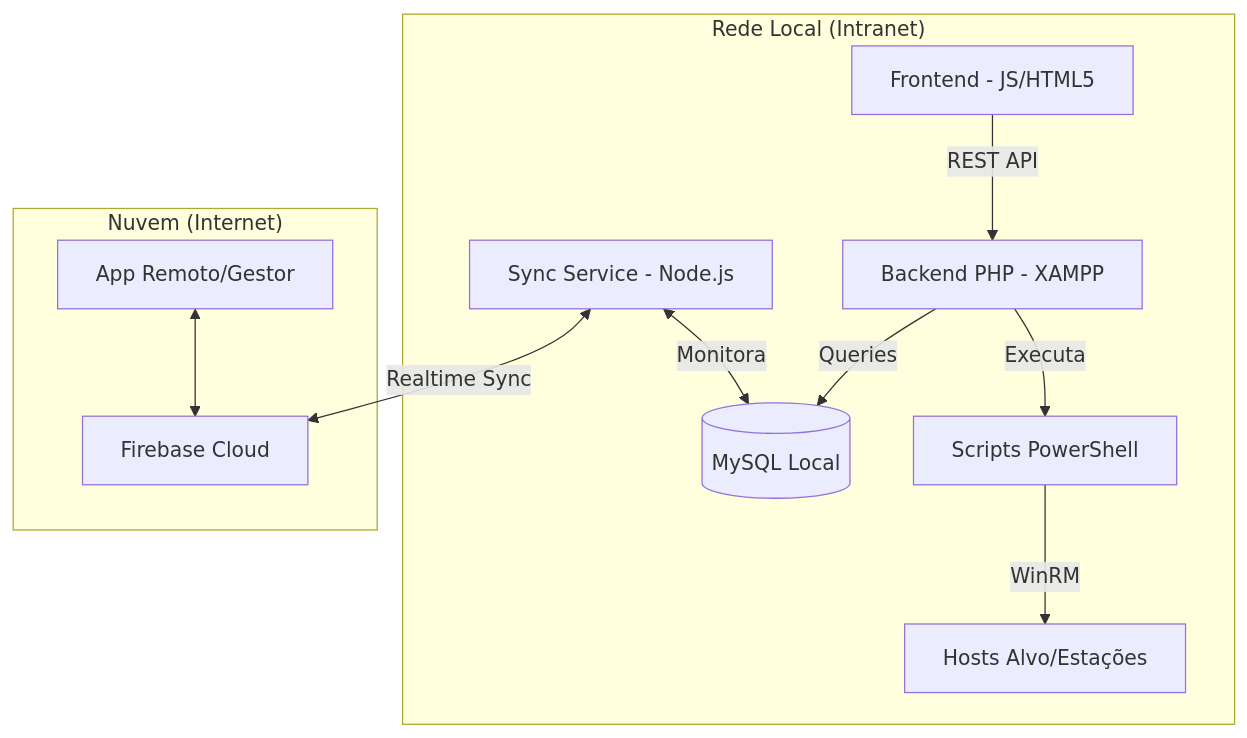
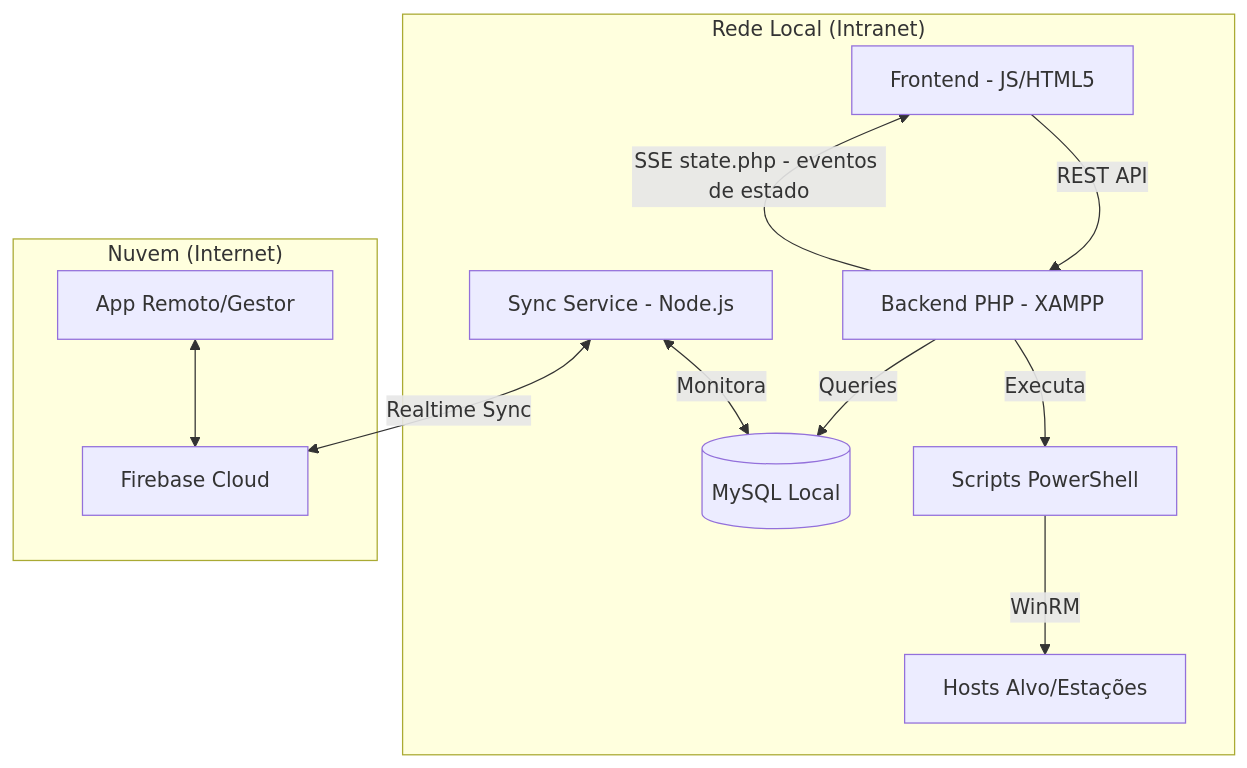
The diagram in docs/DOCUMENTACAO_ARQUITETURA.md (BraulioMacMahon/labcontrol), drawn with Mermaid before and after one commit. The commit also changed other lines of this file and 21 other files, not shown here.

````diff
--- a/docs/DOCUMENTACAO_ARQUITETURA.md
+++ b/docs/DOCUMENTACAO_ARQUITETURA.md
@@ -17,15 +17,16 @@
 ```mermaid
 graph TD
     subgraph "Rede Local (Intranet)"
         A[Frontend - JS/HTML5] -->|REST API| B[Backend PHP - XAMPP]
+        B -->|SSE state.php - eventos de estado| A
         B -->|Queries| C[(MySQL Local)]
         B -->|Executa| D[Scripts PowerShell]
         D -->|WinRM| E[Hosts Alvo/Estações]
         F[Sync Service - Node.js] <-->|Monitora| C
     end
 
     subgraph "Nuvem (Internet)"
         F <-->|Realtime Sync| G[Firebase Cloud]
         H[App Remoto/Gestor] <--> G
     end
 ```
````
